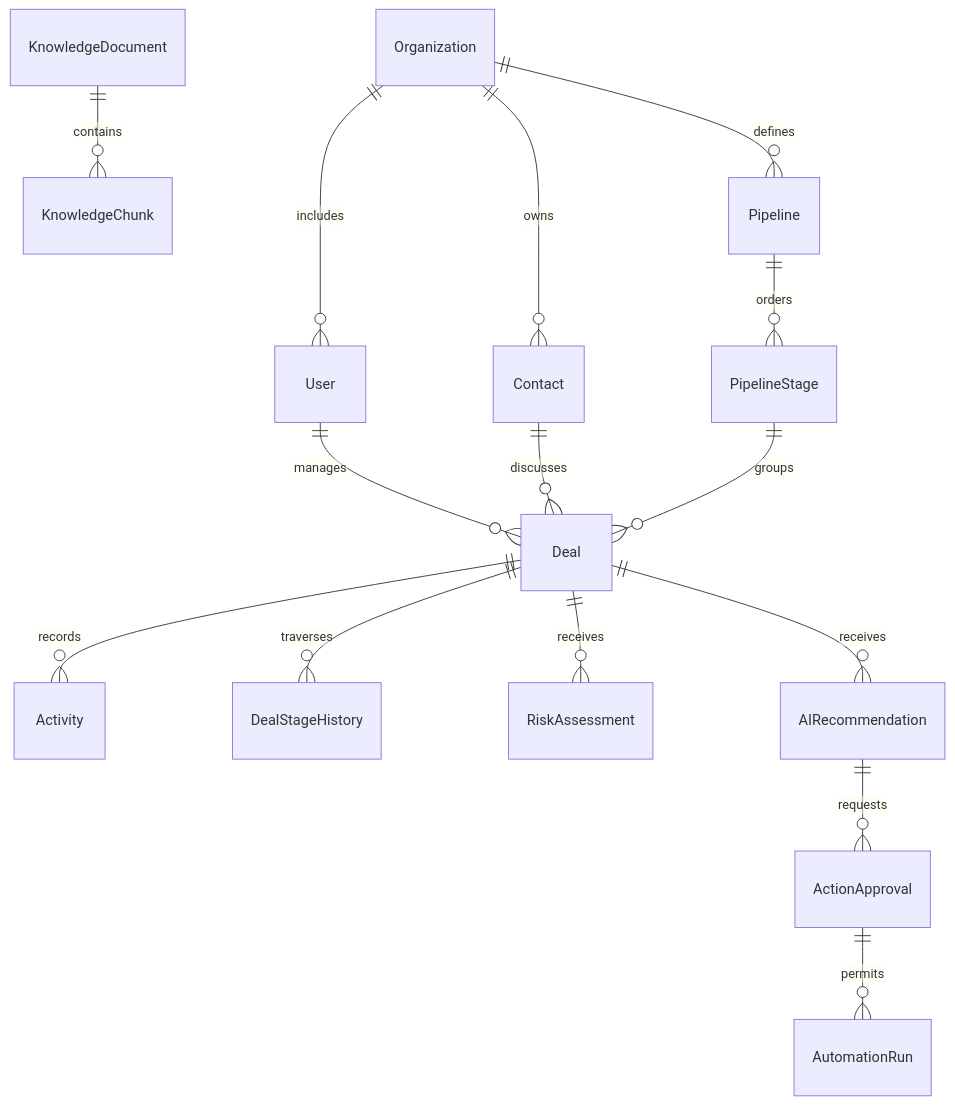
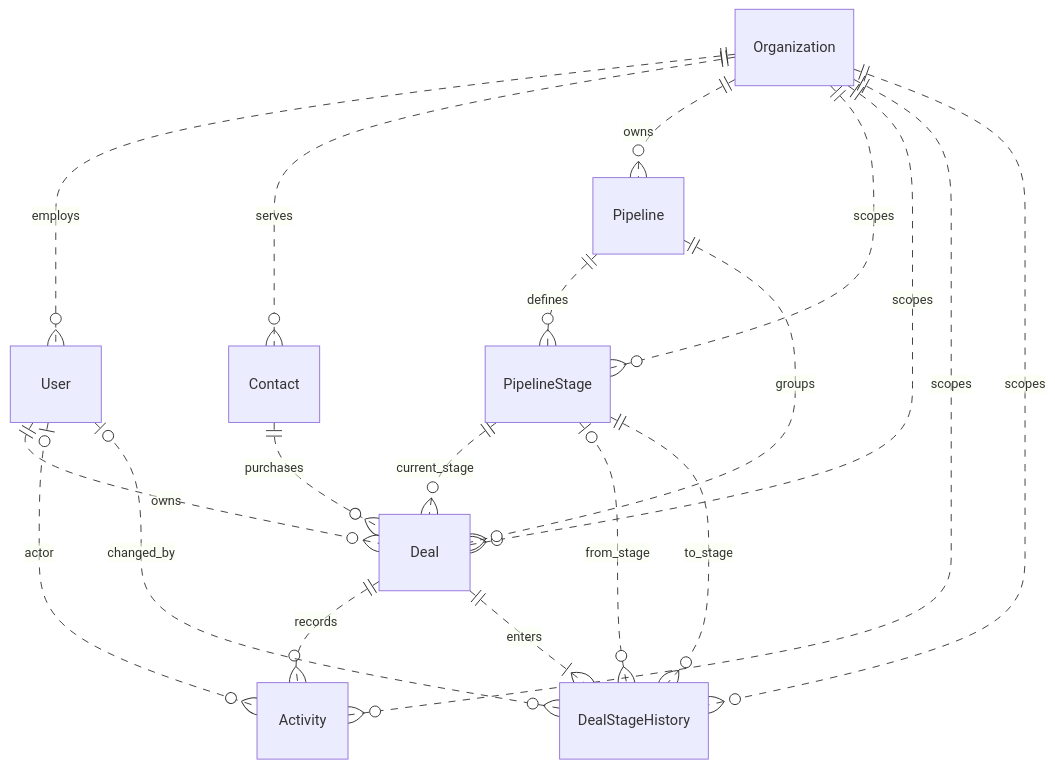
Before and after one commit to n1k1c0d/AI-Sales-Intelligence-Platform: the diagram in docs/DATA_MODEL.md, drawn with Mermaid. The commit also changed other lines of this file and 9 other files, not shown here.

````diff
--- a/docs/DATA_MODEL.md
+++ b/docs/DATA_MODEL.md
@@ -23,17 +25,21 @@
 ```mermaid
 erDiagram
-    Organization ||--o{ User : includes
-    Organization ||--o{ Contact : owns
-    Organization ||--o{ Pipeline : defines
-    Pipeline ||--o{ PipelineStage : orders
-    Contact ||--o{ Deal : discusses
-    User ||--o{ Deal : manages
-    PipelineStage ||--o{ Deal : groups
-    Deal ||--o{ Activity : records
-    Deal ||--o{ DealStageHistory : traverses
-    Deal ||--o{ RiskAssessment : receives
-    Deal ||--o{ AIRecommendation : receives
-    AIRecommendation ||--o{ ActionApproval : requests
-    ActionApproval ||--o{ AutomationRun : permits
-    KnowledgeDocument ||--o{ KnowledgeChunk : contains
+    Organization ||..o{ User : employs
+    Organization ||..o{ Contact : serves
+    Organization ||..o{ Pipeline : owns
+    Organization ||..o{ PipelineStage : scopes
+    Organization ||..o{ Deal : scopes
+    Organization ||..o{ Activity : scopes
+    Organization ||..o{ DealStageHistory : scopes
+    Pipeline ||..o{ PipelineStage : defines
+    Pipeline ||..o{ Deal : groups
+    PipelineStage ||..o{ Deal : current_stage
+    Contact ||..o{ Deal : purchases
+    User ||..o{ Deal : owns
+    Deal ||..o{ Activity : records
+    Deal ||..|{ DealStageHistory : enters
+    User |o..o{ Activity : actor
+    User |o..o{ DealStageHistory : changed_by
+    PipelineStage |o..o{ DealStageHistory : from_stage
+    PipelineStage ||..o{ DealStageHistory : to_stage
 ```
````
